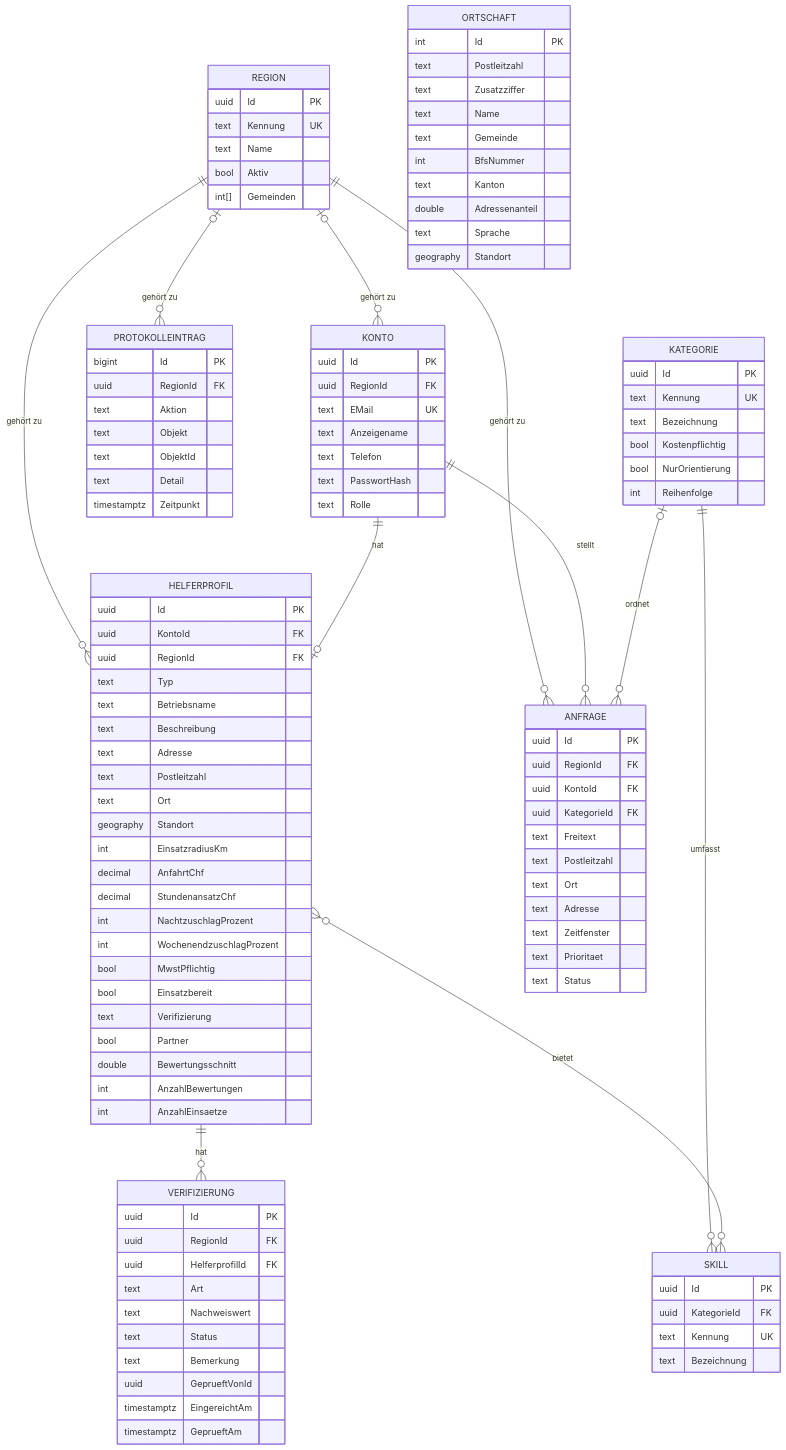
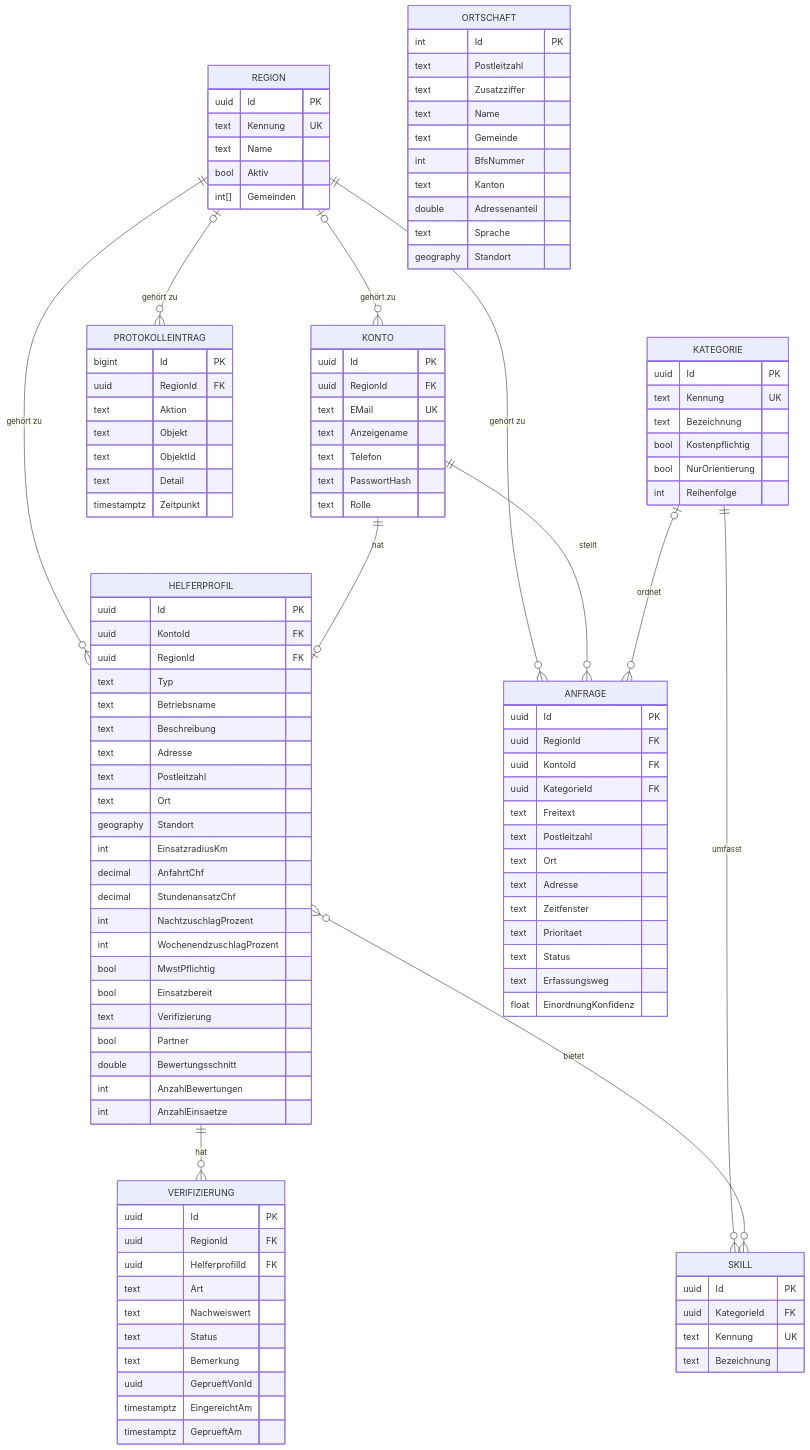
One commit to maliswiss/soforthilfe-bern-mittelland changed the diagram in docs/datenmodell.md. Above: the diagram before and after it, drawn with Mermaid. The commit also changed other lines of this file and 13 other files, not shown here.

```diff
--- a/docs/datenmodell.md
+++ b/docs/datenmodell.md
@@ -83,6 +83,8 @@
     text Zeitfenster
     text Prioritaet
     text Status
+    text Erfassungsweg
+    float EinordnungKonfidenz
   }
   ORTSCHAFT {
     int Id PK
```
